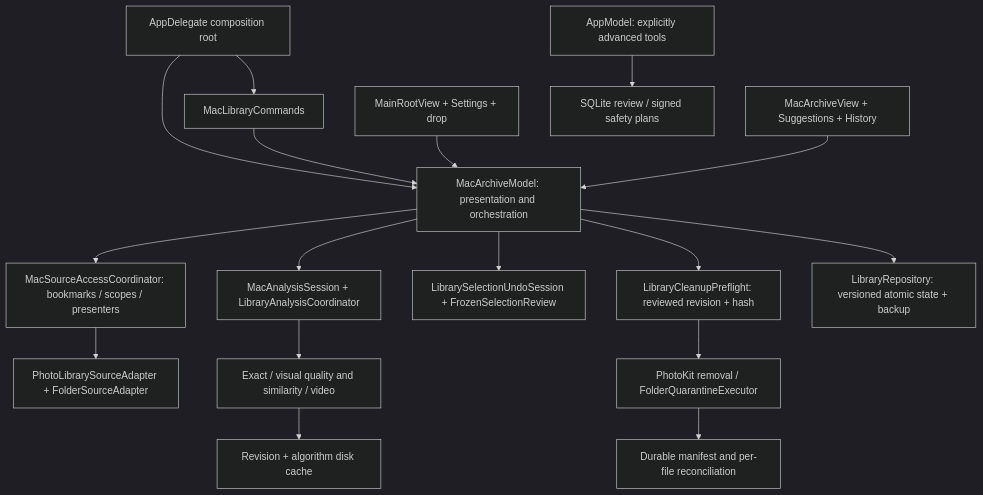
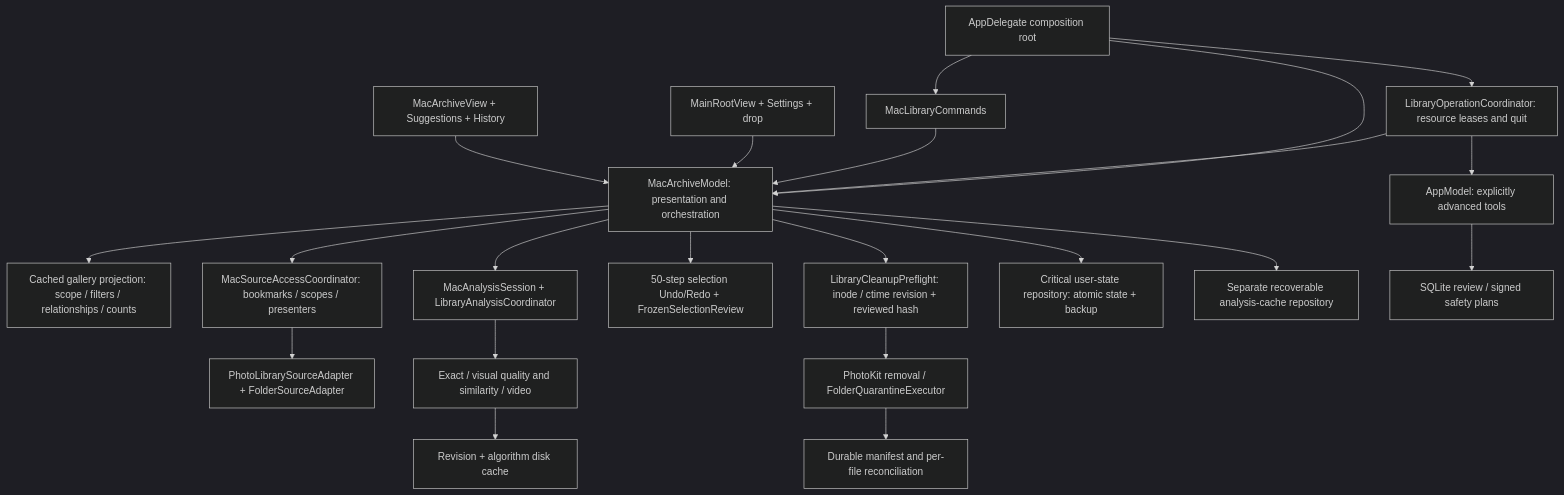
One commit to CrimsBerith/Keptora changed the diagram in Docs/Product/CURRENT_LIBRARY_ARCHITECTURE.md. Above: the diagram before and after it, drawn with Mermaid (dark theme). The commit also changed other lines of this file and 33 other files, not shown here.

````diff
--- a/Docs/Product/CURRENT_LIBRARY_ARCHITECTURE.md
+++ b/Docs/Product/CURRENT_LIBRARY_ARCHITECTURE.md
@@ -5,19 +5,24 @@
 ```mermaid
 flowchart TD
     App[AppDelegate composition root] --> Session[MacArchiveModel: presentation and orchestration]
+    App --> Owner[LibraryOperationCoordinator: resource leases and quit]
+    Owner --> Session
     App --> Commands[MacLibraryCommands]
     Commands --> Session
     Root[MainRootView + Settings + drop] --> Session
     Gallery[MacArchiveView + Suggestions + History] --> Session
+    Session --> Projection[Cached gallery projection: scope / filters / relationships / counts]
     Session --> Sources[MacSourceAccessCoordinator: bookmarks / scopes / presenters]
     Sources --> Adapters[PhotoLibrarySourceAdapter + FolderSourceAdapter]
     Session --> Analysis[MacAnalysisSession + LibraryAnalysisCoordinator]
     Analysis --> Passes[Exact / visual quality and similarity / video]
     Passes --> Cache[Revision + algorithm disk cache]
-    Session --> Selection[LibrarySelectionUndoSession + FrozenSelectionReview]
-    Session --> Preflight[LibraryCleanupPreflight: reviewed revision + hash]
+    Session --> Selection[50-step selection Undo/Redo + FrozenSelectionReview]
+    Session --> Preflight[LibraryCleanupPreflight: inode / ctime revision + reviewed hash]
     Preflight --> Cleanup[PhotoKit removal / FolderQuarantineExecutor]
     Cleanup --> Ledger[Durable manifest and per-file reconciliation]
-    Session --> Repository[LibraryRepository: versioned atomic state + backup]
+    Session --> Repository[Critical user-state repository: atomic state + backup]
+    Session --> AnalysisRepository[Separate recoverable analysis-cache repository]
+    Owner --> Advanced
     Advanced[AppModel: explicitly advanced tools] --> SQLite[SQLite review / signed safety plans]
 ```
````
